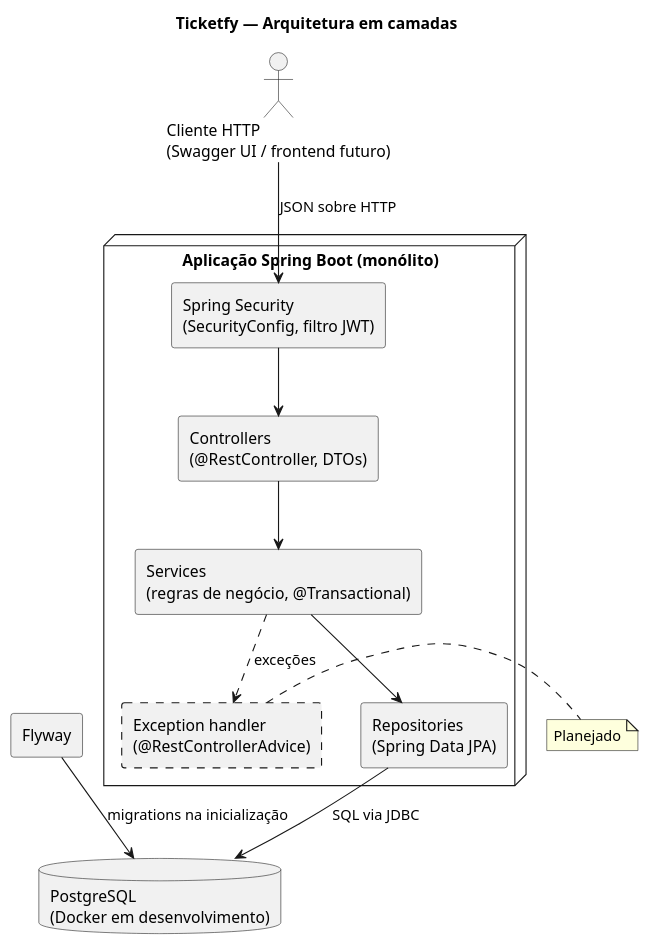
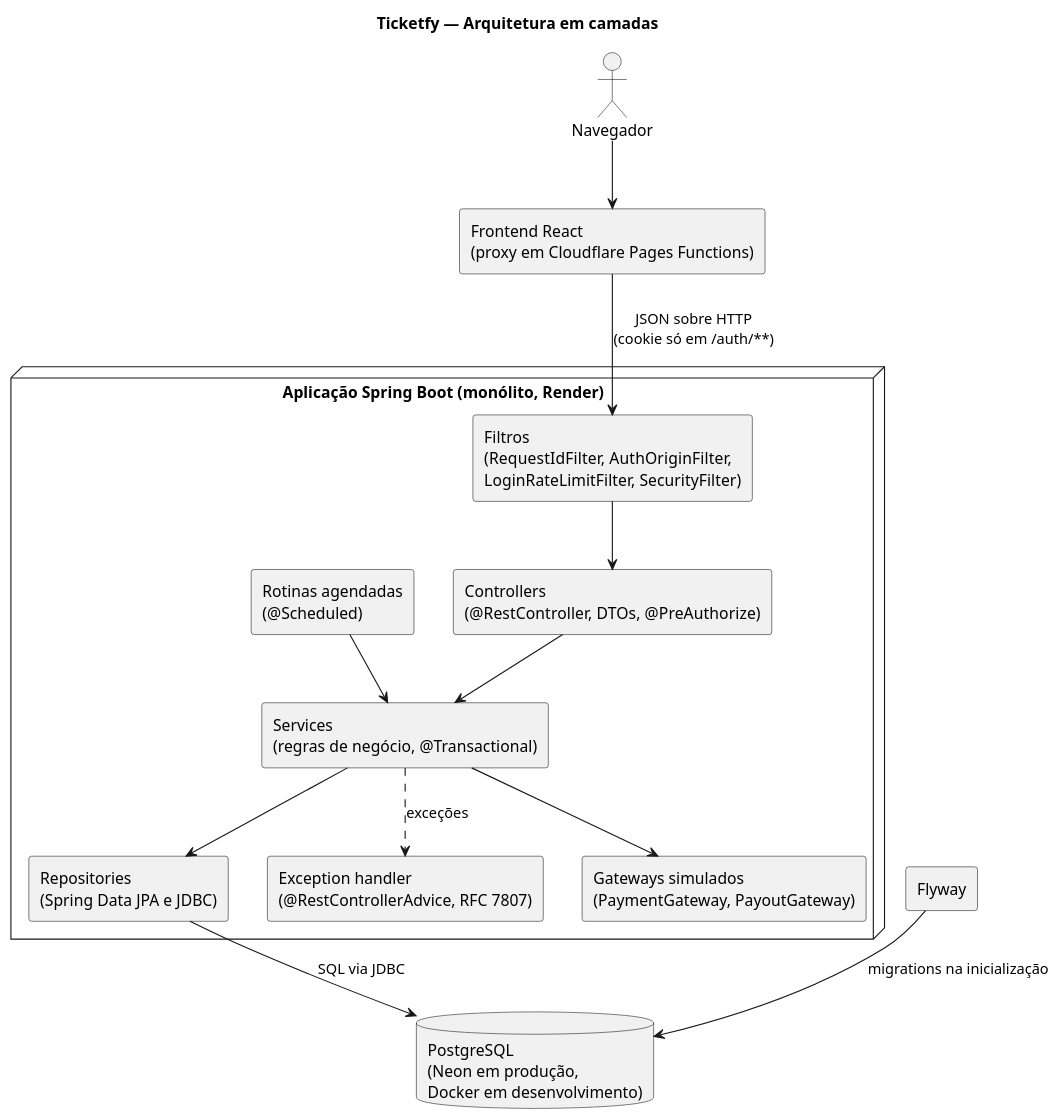
One commit to rodrigolutfydev/Ticketfy-API changed the first of 3 diagrams in docs/05 - Documento de Arquitetura.md. Above: the diagram before and after it, drawn with PlantUML. The commit also changed other lines of this file and 5 other files, not shown here.

First line of the commit message:
docs: align vision, requirements, use case, domain and architecture with the code

````diff
--- a/docs/05 - Documento de Arquitetura.md
+++ b/docs/05 - Documento de Arquitetura.md
@@ -181,31 +183,33 @@
 ```plantuml
 @startuml ticketfy-architecture
 skinparam componentStyle rectangle
 title Ticketfy — Arquitetura em camadas
 
-actor "Cliente HTTP\n(Swagger UI / frontend futuro)" as Client
+actor "Navegador" as Browser
+component "Frontend React\n(proxy em Cloudflare Pages Functions)" as Front
 
-node "Aplicação Spring Boot (monólito)" {
-  component "Spring Security\n(SecurityConfig, filtro JWT)" as Security
-  component "Controllers\n(@RestController, DTOs)" as Controllers
+node "Aplicação Spring Boot (monólito, Render)" {
+  component "Filtros\n(RequestIdFilter, AuthOriginFilter,\nLoginRateLimitFilter, SecurityFilter)" as Filters
+  component "Controllers\n(@RestController, DTOs, @PreAuthorize)" as Controllers
   component "Services\n(regras de negócio, @Transactional)" as Services
-  component "Repositories\n(Spring Data JPA)" as Repositories
-  component "Exception handler\n(@RestControllerAdvice)" as ExceptionHandler #line.dashed
+  component "Rotinas agendadas\n(@Scheduled)" as Jobs
+  component "Repositories\n(Spring Data JPA e JDBC)" as Repositories
+  component "Exception handler\n(@RestControllerAdvice, RFC 7807)" as ExceptionHandler
+  component "Gateways simulados\n(PaymentGateway, PayoutGateway)" as Gateways
 }
 
-database "PostgreSQL\n(Docker em desenvolvimento)" as DB
+database "PostgreSQL\n(Neon em produção,\nDocker em desenvolvimento)" as DB
 component "Flyway" as Flyway
 
-Client --> Security : JSON sobre HTTP
-Security --> Controllers
+Browser --> Front
+Front --> Filters : JSON sobre HTTP\n(cookie só em /auth/**)
+Filters --> Controllers
 Controllers --> Services
+Jobs --> Services
 Services --> Repositories
+Services --> Gateways
 Repositories --> DB : SQL via JDBC
 Services ..> ExceptionHandler : exceções
 Flyway --> DB : migrations na inicialização
-
-note right of ExceptionHandler
-  Planejado
-end note
 @enduml
 ```
````
